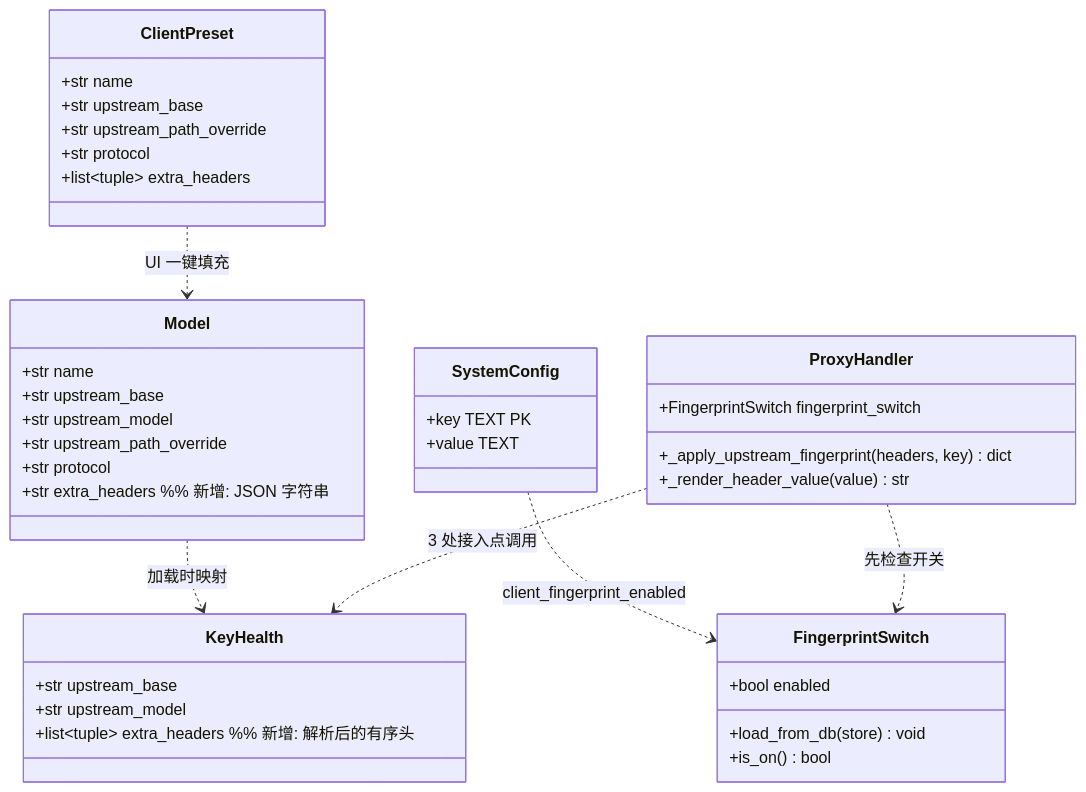
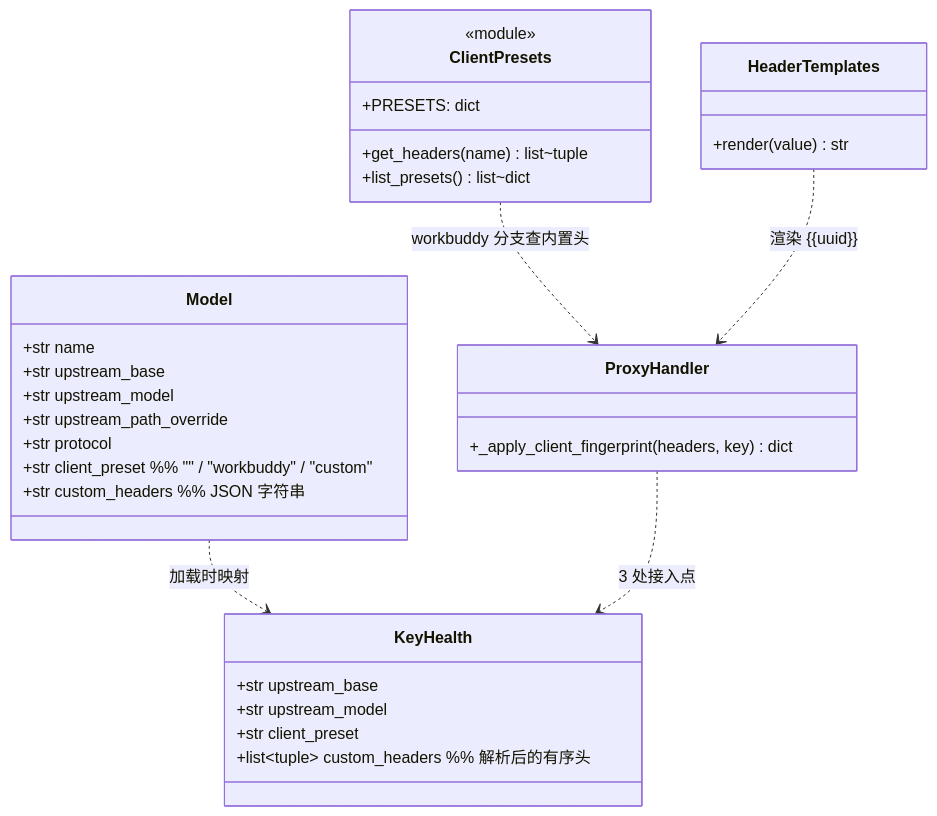
Before and after one commit to maxiuquan/zhongzhuan: the first of 2 diagrams in docs/plan-upstream-client-fingerprint.md, drawn with Mermaid. The commit also changed other lines of this file and 12 other files, not shown here.

First line of the commit message:
feat(proxy): add per-model upstream client fingerprint simulation

````diff
--- a/docs/plan-upstream-client-fingerprint.md
+++ b/docs/plan-upstream-client-fingerprint.md
@@ -121,42 +144,34 @@
 ```mermaid
 classDiagram
-    class SystemConfig {
-        +key TEXT PK
-        +value TEXT
-    }
     class Model {
         +str name
         +str upstream_base
         +str upstream_model
         +str upstream_path_override
         +str protocol
-        +str extra_headers  %% 新增: JSON 字符串
+        +str client_preset   %% "" / "workbuddy" / "custom"
+        +str custom_headers %% JSON 字符串
     }
     class KeyHealth {
         +str upstream_base
         +str upstream_model
-        +list~tuple~ extra_headers  %% 新增: 解析后的有序头
+        +str client_preset
+        +list~tuple~ custom_headers  %% 解析后的有序头
     }
-    class FingerprintSwitch {
-        +bool enabled
-        +load_from_db(store) void
-        +is_on() bool
+    class ClientPresets {
+        <<module>>
+        +PRESETS: dict
+        +get_headers(name) list~tuple
+        +list_presets() list~dict
     }
-    class ClientPreset {
-        +str name
-        +str upstream_base
-        +str upstream_path_override
-        +str protocol
-        +list~tuple~ extra_headers
+    class HeaderTemplates {
+        +render(value) str
     }
     class ProxyHandler {
-        +FingerprintSwitch fingerprint_switch
-        +_apply_upstream_fingerprint(headers, key) dict
-        +_render_header_value(value) str
+        +_apply_client_fingerprint(headers, key) dict
     }
-    SystemConfig ..> FingerprintSwitch : client_fingerprint_enabled
     Model ..> KeyHealth : 加载时映射
-    ClientPreset ..> Model : UI 一键填充
-    ProxyHandler ..> KeyHealth : 3 处接入点调用
-    ProxyHandler ..> FingerprintSwitch : 先检查开关
+    ClientPresets ..> ProxyHandler : workbuddy 分支查内置头
+    HeaderTemplates ..> ProxyHandler : 渲染 {{uuid}}
+    ProxyHandler ..> KeyHealth : 3 处接入点
 ```
````
